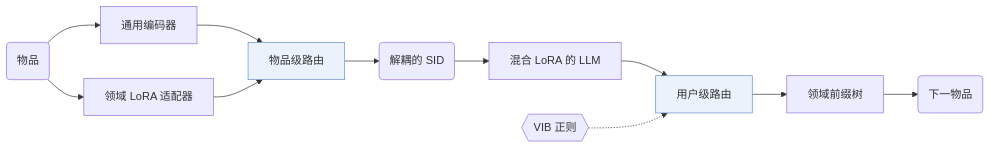
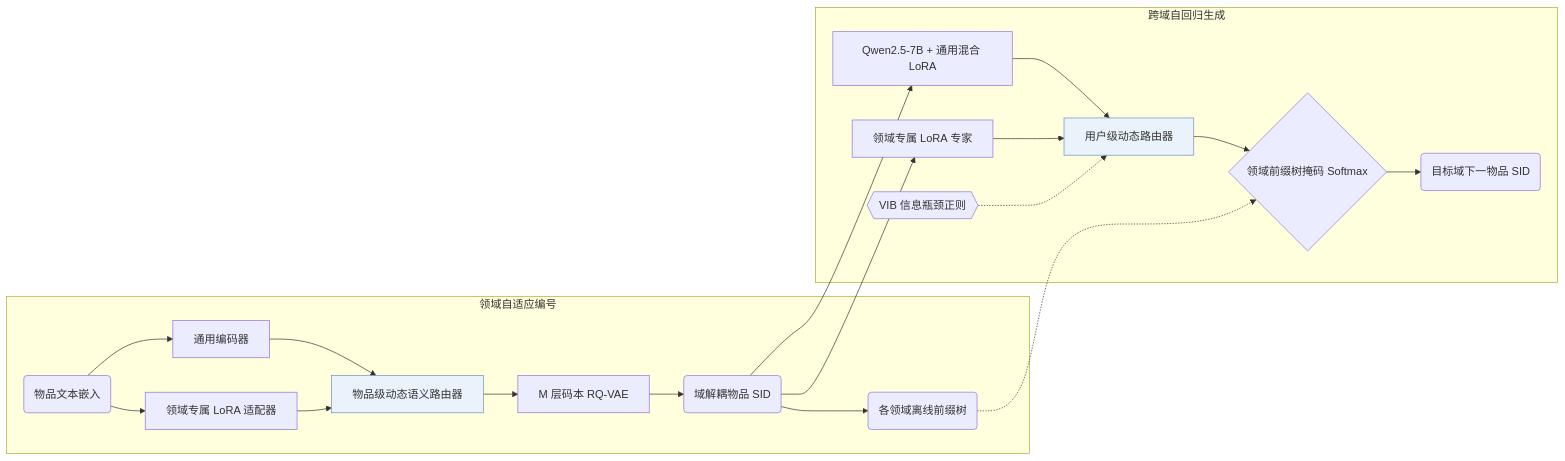
One commit to Galaxy-ghost/Awesome-SID-Generative-Rec changed the diagram in notes/zh/gencdr.md. Above: the diagram before and after it, drawn with Mermaid. The commit also changed other lines of this file and 649 other files, not shown here.

Commit message:
writer-05: also tags and modality index (schema, check, build, visuals); summary field removed; calibration data for 12 papers

````diff
--- a/notes/zh/gencdr.md
+++ b/notes/zh/gencdr.md
@@ -13,14 +14,23 @@
 ```mermaid
 flowchart LR
-    A("物品") --> B["通用编码器"]
-    A --> C["领域 LoRA 适配器"]
-    B --> D["物品级路由"]:::key
-    C --> D
-    D --> E("解耦的 SID")
-    E --> F["混合 LoRA 的 LLM"]
-    F --> G["用户级路由"]:::key
-    L1{{"VIB 正则"}} -.-> G
-    G --> H["领域前缀树"]
-    H --> I("下一物品")
+    subgraph Tok["领域自适应编号"]
+        A("物品文本嵌入") --> B["通用编码器"]
+        A --> C["领域专属 LoRA 适配器"]
+        B --> D["物品级动态语义路由器"]:::key
+        C --> D
+        D --> Q["M 层码本 RQ-VAE"]
+        Q --> E("域解耦物品 SID")
+        E --> T("各领域离线前缀树")
+    end
+    subgraph Gen["跨域自回归生成"]
+        E --> F["Qwen2.5-7B + 通用混合 LoRA"]
+        E --> FDom["领域专属 LoRA 专家"]
+        F --> G["用户级动态路由器"]:::key
+        FDom --> G
+        L1{{"VIB 信息瓶颈正则"}} -.-> G
+        G --> H{"领域前缀树掩码 Softmax"}
+        T -.-> H
+        H --> I("目标域下一物品 SID")
+    end
     classDef key fill:#eaf2fb,stroke:#6b8fc7
 ```
````
